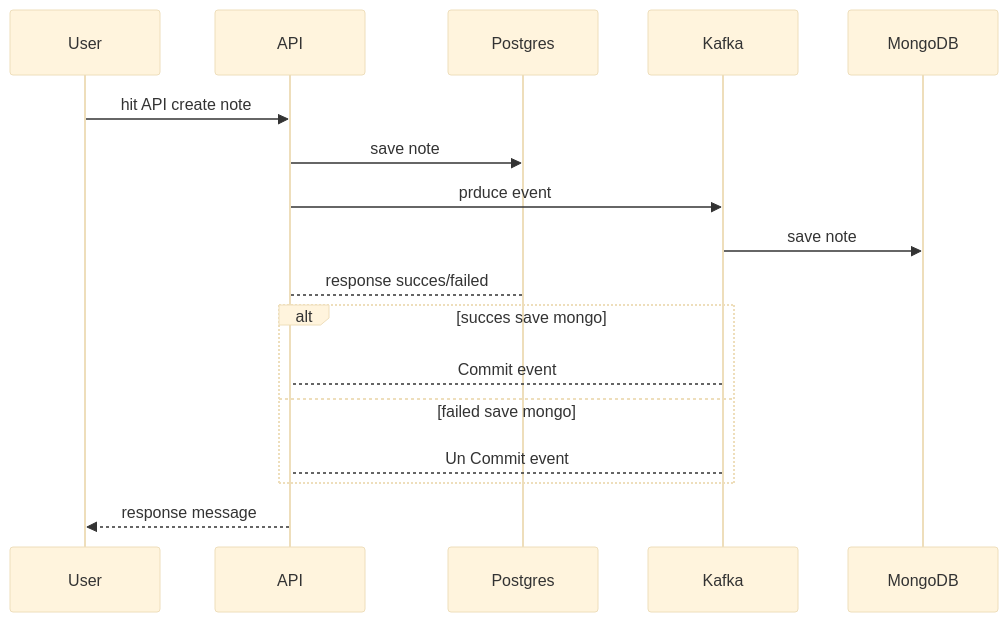
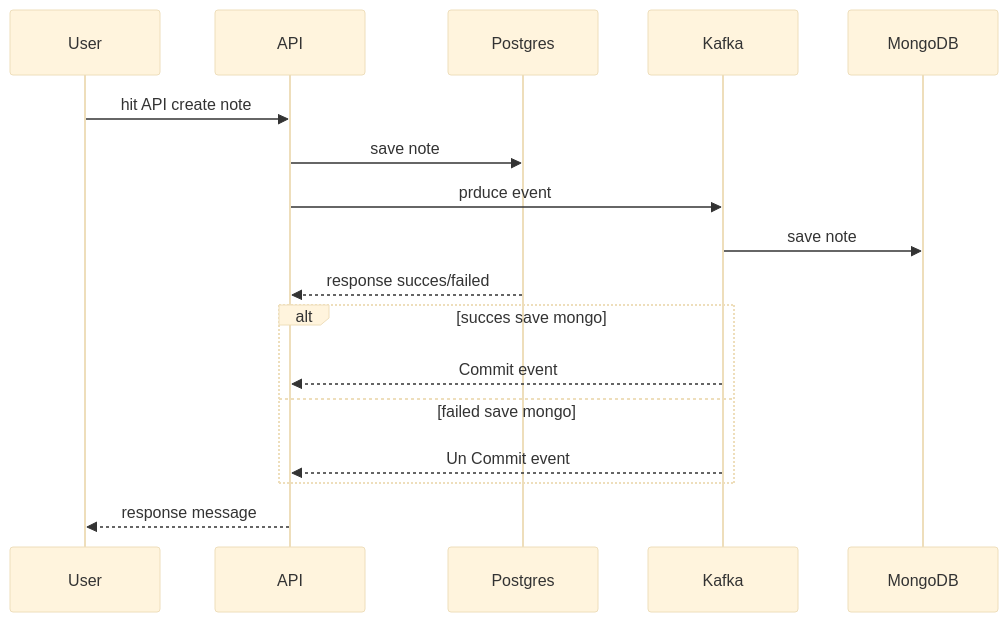
Before and after one commit to muhhylmi/express-mongoclient: the diagram in README.md, drawn with Mermaid (base theme).

````diff
--- a/README.md
+++ b/README.md
@@ -12,14 +12,14 @@
 ```mermaid
 sequenceDiagram
     User->>API: hit API create note
     API->>Postgres: save note
     API->>Kafka: prduce event
     Kafka->>MongoDB: save note 
-    Postgres-->API: response succes/failed
+    Postgres-->>API: response succes/failed
     alt succes save mongo
-        Kafka-->API: Commit event
+        Kafka-->>API: Commit event
     else failed save mongo
-        Kafka-->API: Un Commit event
+        Kafka-->>API: Un Commit event
     end
     API-->>User:response message
 ```
````
